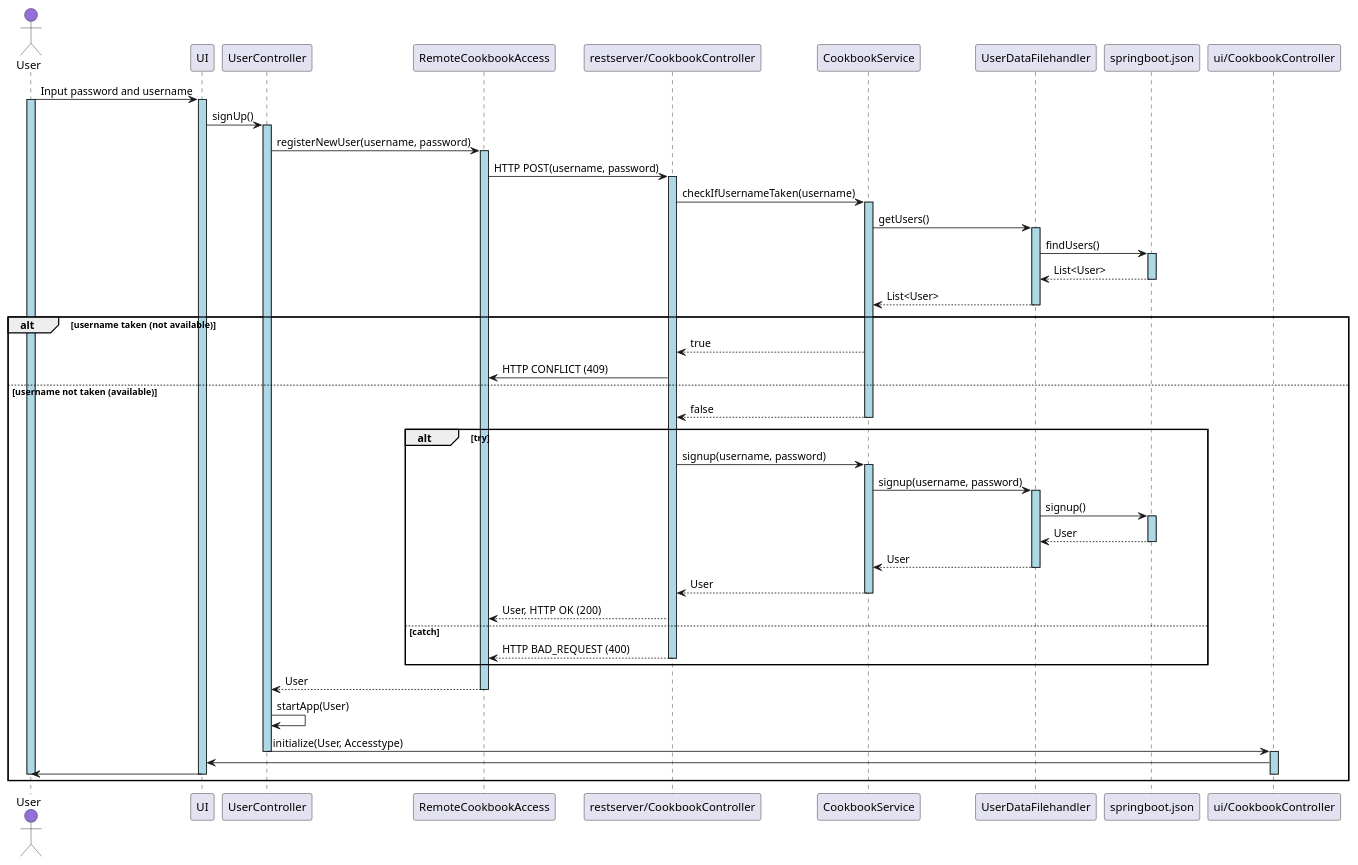
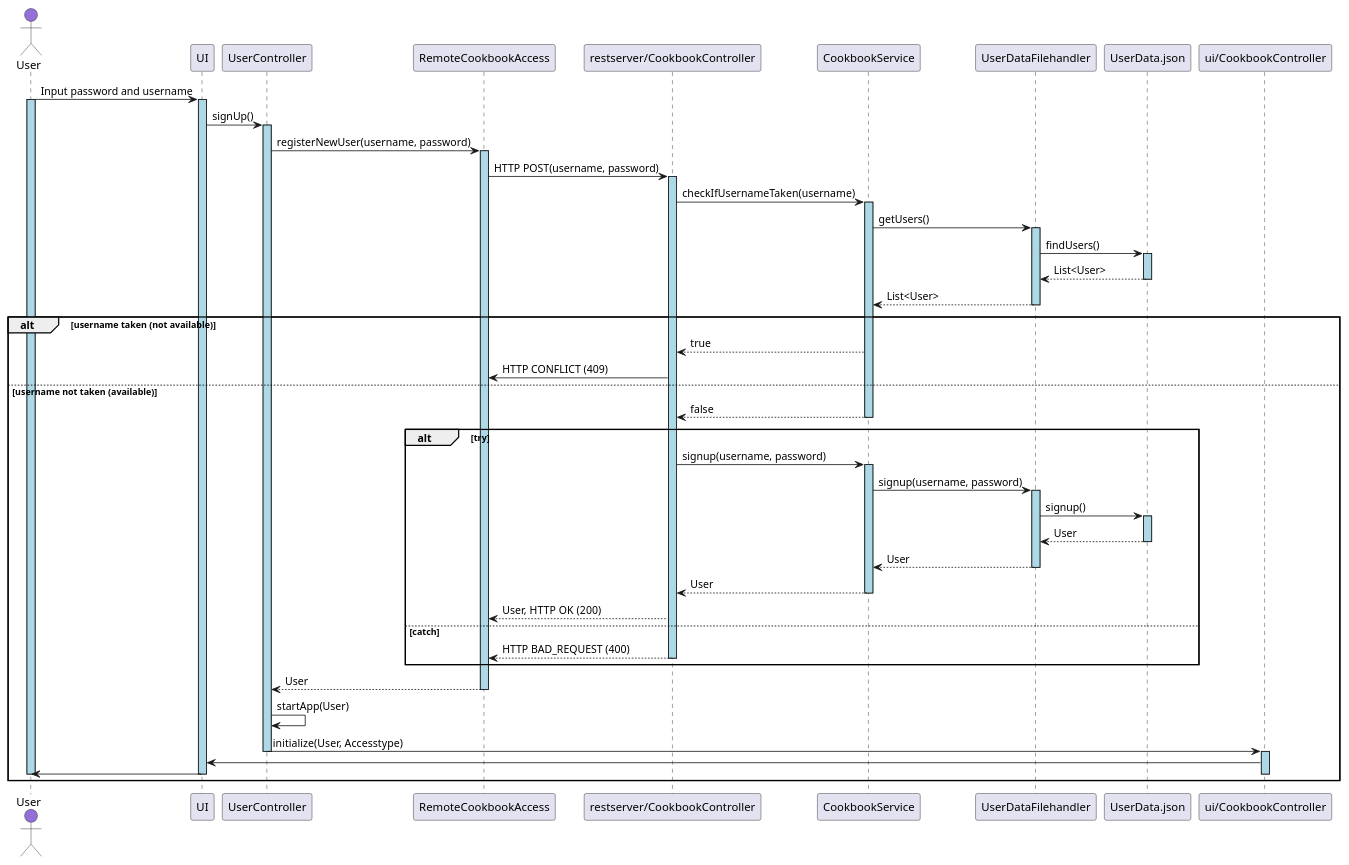
Before and after one commit to MadsJJ/Cookbook: the diagram in cookbook/docs/release3/Diagrams/SequenceDiagram.puml, drawn with PlantUML. The commit also changed 2 other files, not shown here.

Commit message:
Added missing description for the UI-module and updated sequence diagram Co-authored-by: hannakfj <hannakfj@users.noreply.github.com>

```diff
--- a/cookbook/docs/release3/Diagrams/SequenceDiagram.puml
+++ b/cookbook/docs/release3/Diagrams/SequenceDiagram.puml
@@ -1,81 +1,81 @@
 @startuml Sequence Diagram
 
 Actor User as user  #MediumPurple
 participant UI as ui
 participant UserController as uc  
 participant RemoteCookbookAccess as rca 
 participant "restserver/CookbookController" as rcc  
 participant CookbookService as cs 
 participant UserDataFilehandler as udf  
-participant "springboot.json" as sbj 
+participant "UserData.json" as udj
 participant "ui/CookbookController" as ucc 
 
 user -> ui: Input password and username
 activate user #LightBlue
 activate ui #LightBlue
 ui -> uc: signUp()
 activate uc #LightBlue
 uc -> rca: registerNewUser(username, password)
 activate rca #LightBlue
 rca -> rcc: HTTP POST(username, password)
 activate rcc #LightBlue
 rcc -> cs: checkIfUsernameTaken(username)
 activate cs #LightBlue
 cs -> udf: getUsers()
 activate udf #LightBlue
-udf -> sbj: findUsers()
-activate sbj #LightBlue
-sbj --> udf: List<User>
-deactivate sbj
+udf -> udj: findUsers()
+activate udj #LightBlue
+udj --> udf: List<User>
+deactivate udj
 udf --> cs: List<User>
 deactivate udf
 
 alt username taken (not available)
 cs --> rcc: true
 rcc -> rca: HTTP CONFLICT (409)
 
 else username not taken (available)
 cs --> rcc: false
 deactivate cs
     group alt [try]
     rcc -> cs: signup(username, password)
     activate cs #LightBlue
     cs -> udf: signup(username, password)
     activate udf #LightBlue
-    udf -> sbj: signup()
-    activate sbj #LightBlue
-    sbj --> udf: User
-    deactivate sbj
+    udf -> udj: signup()
+    activate udj #LightBlue
+    udj --> udf: User
+    deactivate udj
     udf --> cs: User
     deactivate udf
     cs --> rcc: User
     deactivate cs
     rcc --> rca: User, HTTP OK (200)
     
 
     else catch
     rcc --> rca: HTTP BAD_REQUEST (400)
     deactivate rcc
     end
 
 activate rcc #LightBlue
 
 
 
 
 
 
 rca --> uc: User
 deactivate rca
 uc -> uc: startApp(User)
 uc -> ucc: initialize(User, Accesstype)
 deactivate uc
 activate ucc #LightBlue
 ucc -> ui
 ui -> user
 deactivate ucc
 deactivate ui
 deactivate user
 end
 
 @enduml
```
